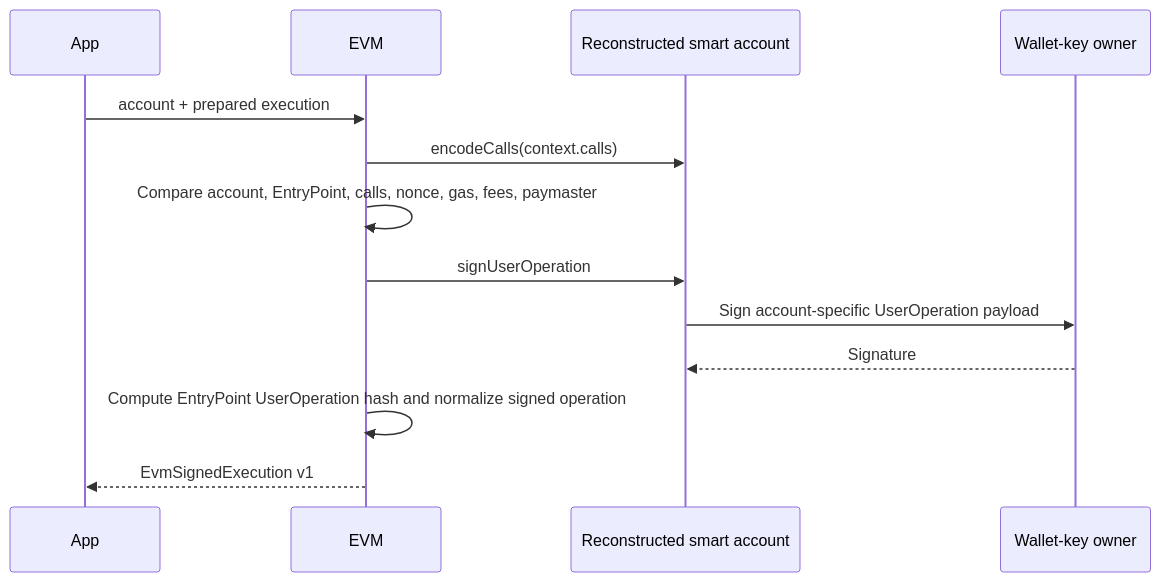
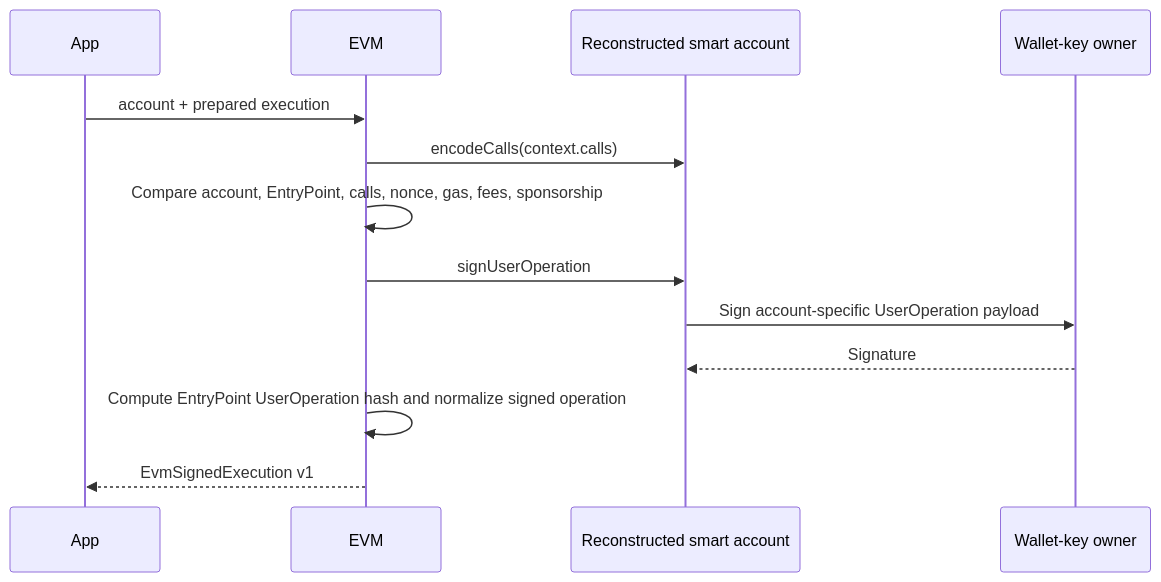
Before and after one commit to thenamespace/namera: the diagram in architecture/evm/execution/sign-submit.md, drawn with Mermaid. The commit also changed other lines of this file and 79 other files, not shown here.

````diff
--- a/architecture/evm/execution/sign-submit.md
+++ b/architecture/evm/execution/sign-submit.md
@@ -18,15 +18,15 @@
 ```mermaid
 sequenceDiagram
   participant App
   participant EVM
   participant Account as Reconstructed smart account
   participant Owner as Wallet-key owner
   App->>EVM: account + prepared execution
   EVM->>Account: encodeCalls(context.calls)
-  EVM->>EVM: Compare account, EntryPoint, calls, nonce, gas, fees, paymaster
+  EVM->>EVM: Compare account, EntryPoint, calls, nonce, gas, fees, sponsorship
   EVM->>Account: signUserOperation
   Account->>Owner: Sign account-specific UserOperation payload
   Owner-->>Account: Signature
   EVM->>EVM: Compute EntryPoint UserOperation hash and normalize signed operation
   EVM-->>App: EvmSignedExecution v1
 ```
````
